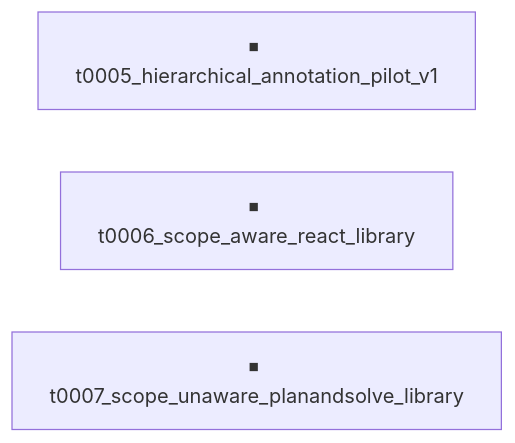
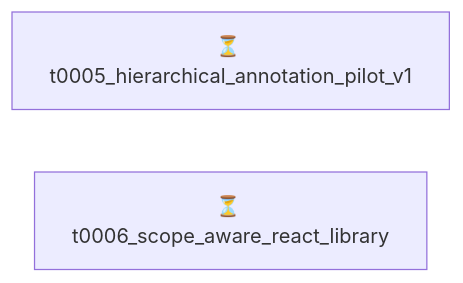
Before and after one commit to omniscale-ai/reasoning-scale2: the diagram in overview/tasks/README.md, drawn with Mermaid. The commit also changed other lines of this file and 39 other files, not shown here.

Commit message:
overview: refresh after t0007_scope_unaware_planandsolve_library

````diff
--- a/overview/tasks/README.md
+++ b/overview/tasks/README.md
@@ -12,7 +12,6 @@
 ```mermaid
 graph LR
-    t0005_hierarchical_annotation_pilot_v1["⏹ t0005_hierarchical_annotation_pilot_v1"]
-    t0006_scope_aware_react_library["⏹ t0006_scope_aware_react_library"]
-    t0007_scope_unaware_planandsolve_library["⏹ t0007_scope_unaware_planandsolve_library"]
+    t0005_hierarchical_annotation_pilot_v1["⏳ t0005_hierarchical_annotation_pilot_v1"]
+    t0006_scope_aware_react_library["⏳ t0006_scope_aware_react_library"]
 
 ```
````
